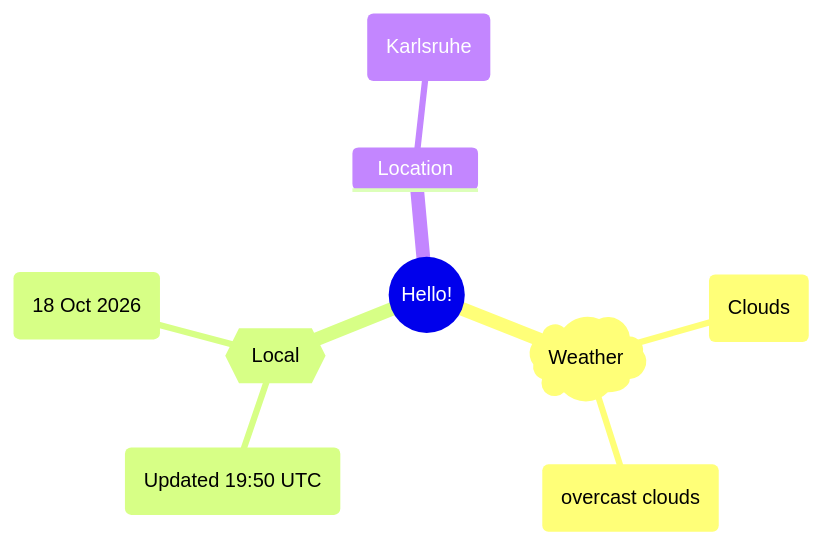
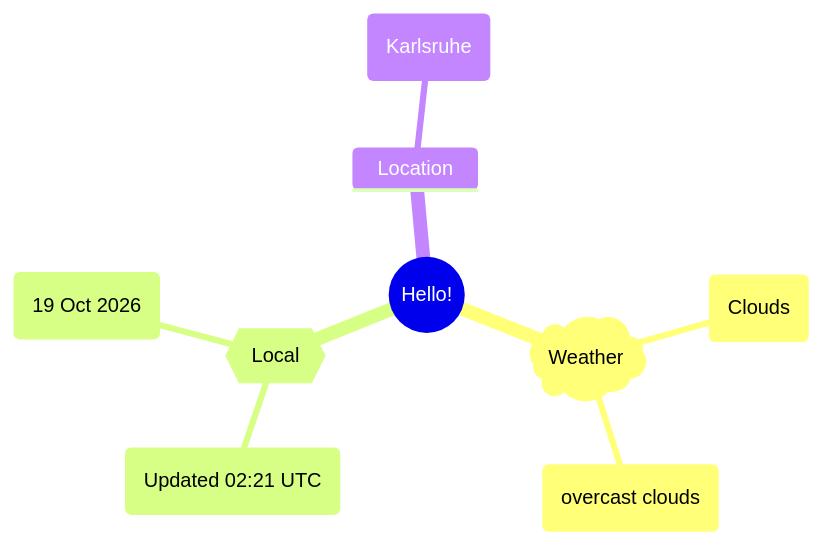
Before and after one commit to Xosrov/Xosrov: the first of 2 diagrams in README.md, drawn with Mermaid.

Commit message:
[bot] updated images

````diff
--- a/README.md
+++ b/README.md
@@ -3,12 +3,12 @@
 ```mermaid
 mindmap
   root((Hello!))
     )Weather(
         (Clouds)
         (overcast clouds)
     {{Local}}
-        (Updated 19:50 UTC)
-        (18 Oct 2026)
+        (Updated 02:21 UTC)
+        (19 Oct 2026)
     Location
         (Karlsruhe)
 ```
````
